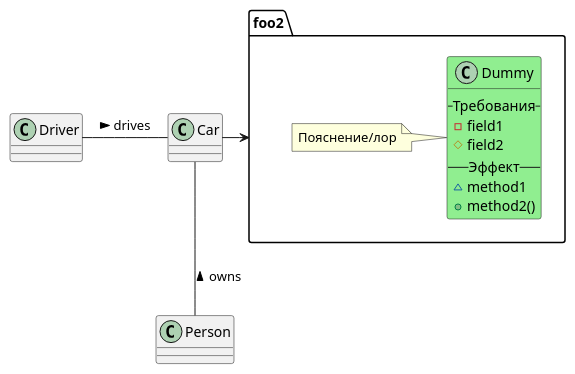
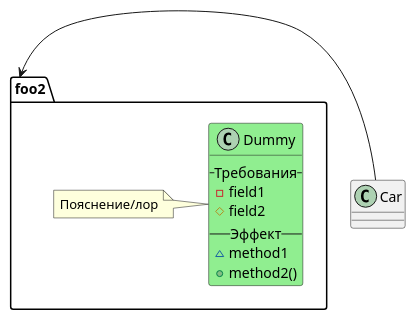
Before and after one commit to RollingHog/AxesNRunes: the diagram in tech/new_tech.puml, drawn with PlantUML.

Commit message:
a lil more

```diff
--- a/tech/new_tech.puml
+++ b/tech/new_tech.puml
@@ -5,22 +5,19 @@
 @startuml
+page 2x2
 
 class Car
-
-Driver - Car : drives >
-' Car *- Wheel : have 4 >
-Car -- Person : < owns
 
 package foo2 {
 class Dummy #LightGreen {
 --Требования--
  -field1
  #field2
 --Эффект--
  ~method1
  +method2()
 }
 note left: Пояснение/лор
 }
 
 Car -> foo2
 @enduml
```
